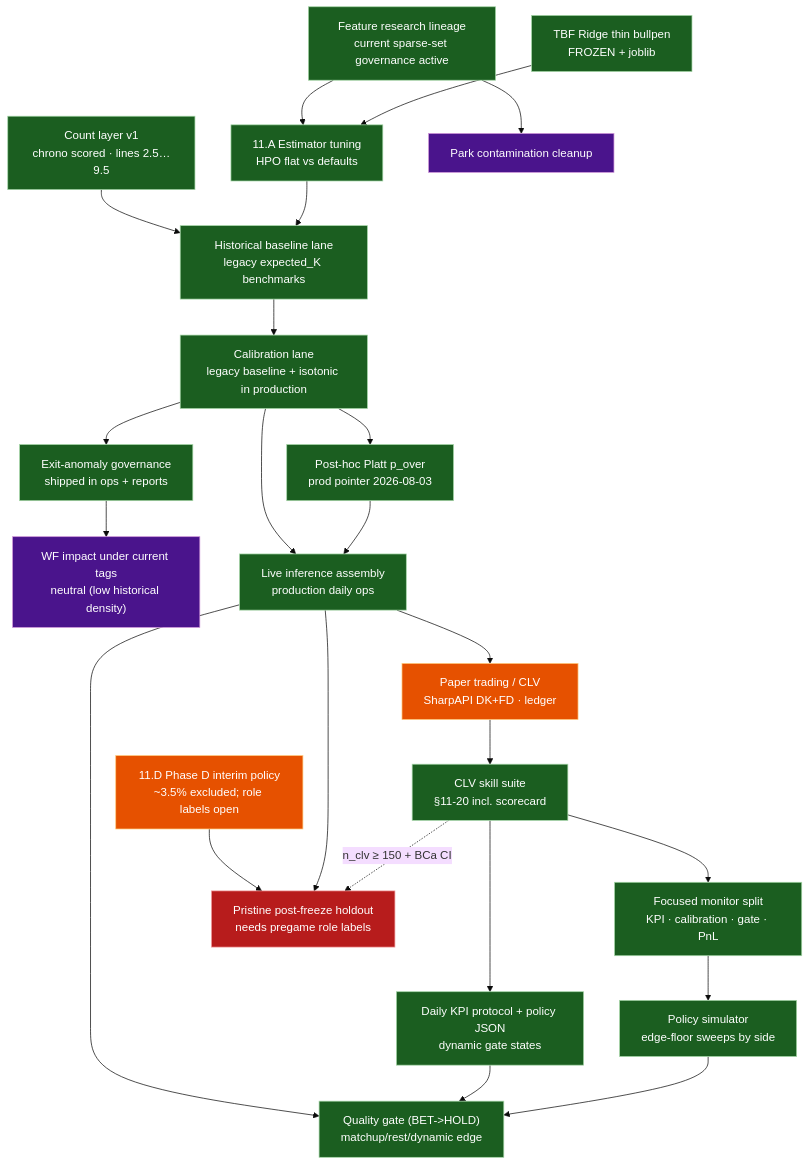
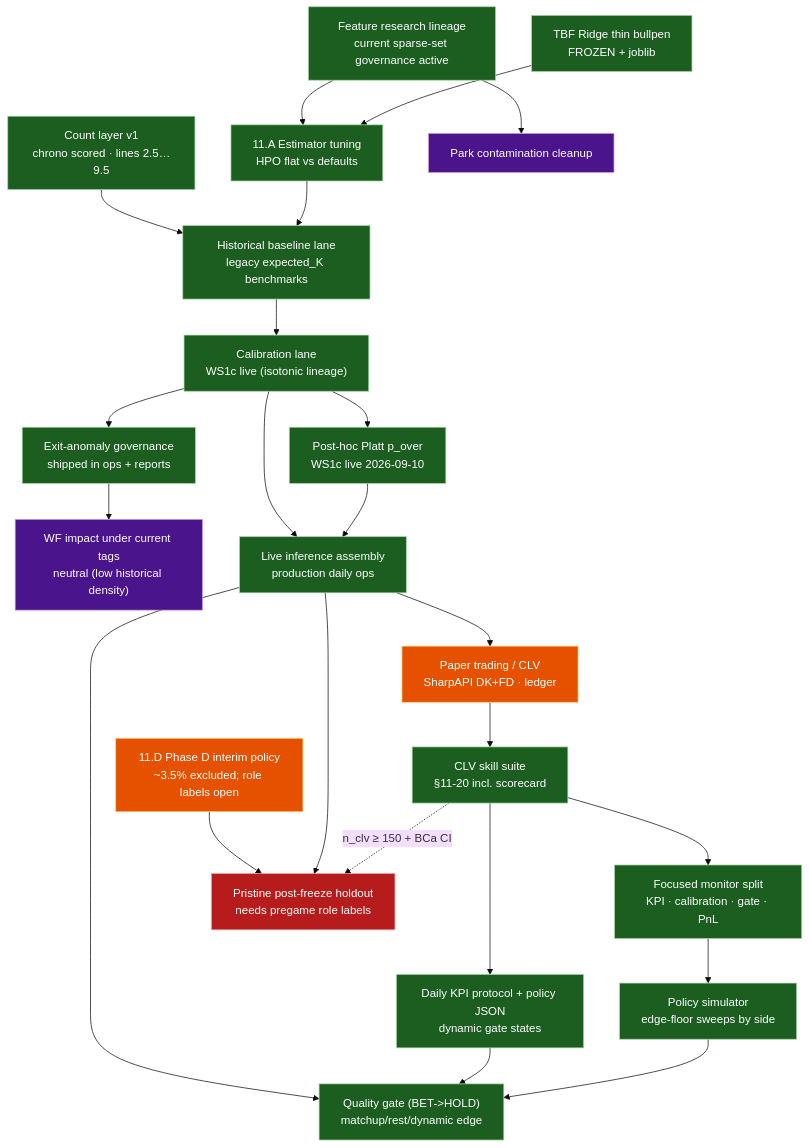
Before and after one commit to Cbkaplinger/MLB-Props: the diagram in docs/diagrams/04-roadmap.md, drawn with Mermaid (base theme). The commit also changed other lines of this file and 3 other files, not shown here.

First line of the commit message:
docs: refresh PA architecture diagrams

````diff
--- a/docs/diagrams/04-roadmap.md
+++ b/docs/diagrams/04-roadmap.md
@@ -14,51 +14,51 @@
 ```mermaid
 flowchart TB
   classDef built fill:#1b5e20,stroke:#a5d6a7,color:#fff
   classDef partial fill:#e65100,stroke:#ffcc80,color:#fff
   classDef missing fill:#b71c1c,stroke:#ef9a9a,color:#fff
   classDef risk fill:#4a148c,stroke:#ce93d8,color:#fff
   classDef next fill:#01579b,stroke:#81d4fa,color:#fff
 
   FEAT["Feature research lineage<br/>current sparse-set governance active"]:::built
   TBF["TBF Ridge thin bullpen<br/>FROZEN + joblib"]:::built
   CNT["Count layer v1<br/>chrono scored · lines 2.5…9.5"]:::built
 
   TUNE["11.A Estimator tuning<br/>HPO flat vs defaults"]:::built
   WF["Historical baseline lane<br/>legacy expected_K benchmarks"]:::built
-  CAL["Calibration lane<br/>legacy baseline + isotonic in production"]:::built
-  PCAL["Post-hoc Platt p_over<br/>prod pointer 2026-08-03"]:::built
+  CAL["Calibration lane<br/>WS1c live (isotonic lineage)"]:::built
+  PCAL["Post-hoc Platt p_over<br/>WS1c live 2026-09-10"]:::built
   PHD["11.D Phase D interim policy<br/>~3.5% excluded; role labels open"]:::partial
   ANOM["Exit-anomaly governance<br/>shipped in ops + reports"]:::built
   ANOMEFF["WF impact under current tags<br/>neutral (low historical density)"]:::risk
 
   LIVE["Live inference assembly<br/>production daily ops"]:::built
   MKT["Paper trading / CLV<br/>SharpAPI DK+FD · ledger"]:::partial
   SKILL["CLV skill suite<br/>§11-20 incl. scorecard"]:::built
   KPI["Daily KPI protocol + policy JSON<br/>dynamic gate states"]:::built
   SPLIT["Focused monitor split<br/>KPI · calibration · gate · PnL"]:::built
   PSIM["Policy simulator<br/>edge-floor sweeps by side"]:::built
   GATE["Quality gate (BET->HOLD)<br/>matchup/rest/dynamic edge"]:::built
   HOLD["Pristine post-freeze holdout<br/>needs pregame role labels"]:::missing
   PARK["Park contamination cleanup"]:::risk
 
   FEAT --> TUNE
   TBF --> TUNE
   CNT --> WF
   TUNE --> WF --> CAL
   CAL --> PCAL
   PHD --> HOLD
   CAL --> LIVE
   PCAL --> LIVE
   CAL --> ANOM --> ANOMEFF
   LIVE --> MKT
   LIVE --> GATE
   SKILL --> KPI
   SKILL --> SPLIT
   KPI --> GATE
   PSIM --> GATE
   SPLIT --> PSIM
   LIVE --> HOLD
   MKT --> SKILL
   SKILL -.->|"n_clv ≥ 150 + BCa CI"| HOLD
   FEAT --> PARK
 ```
````
